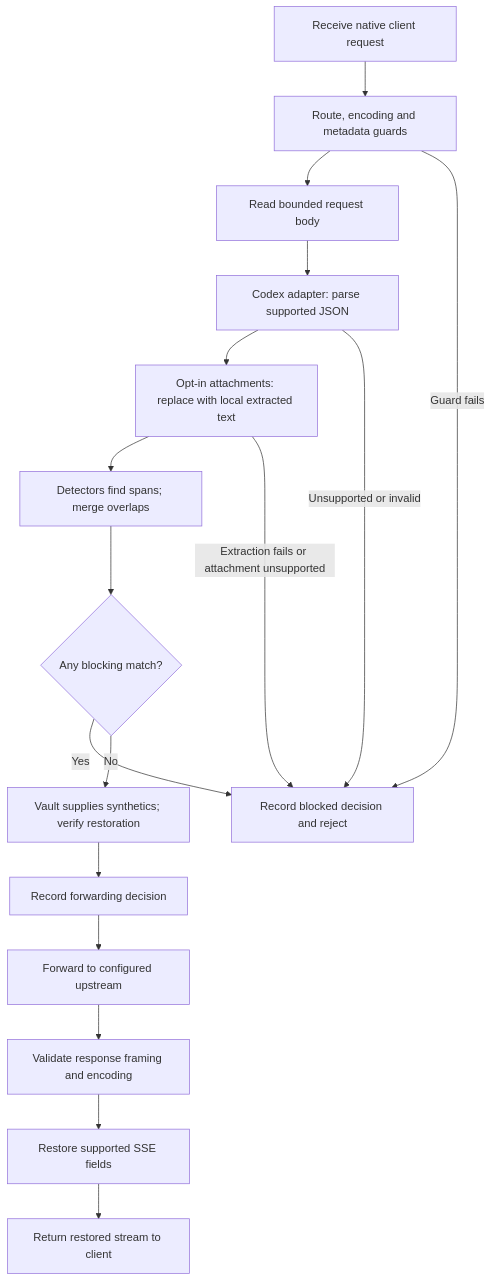
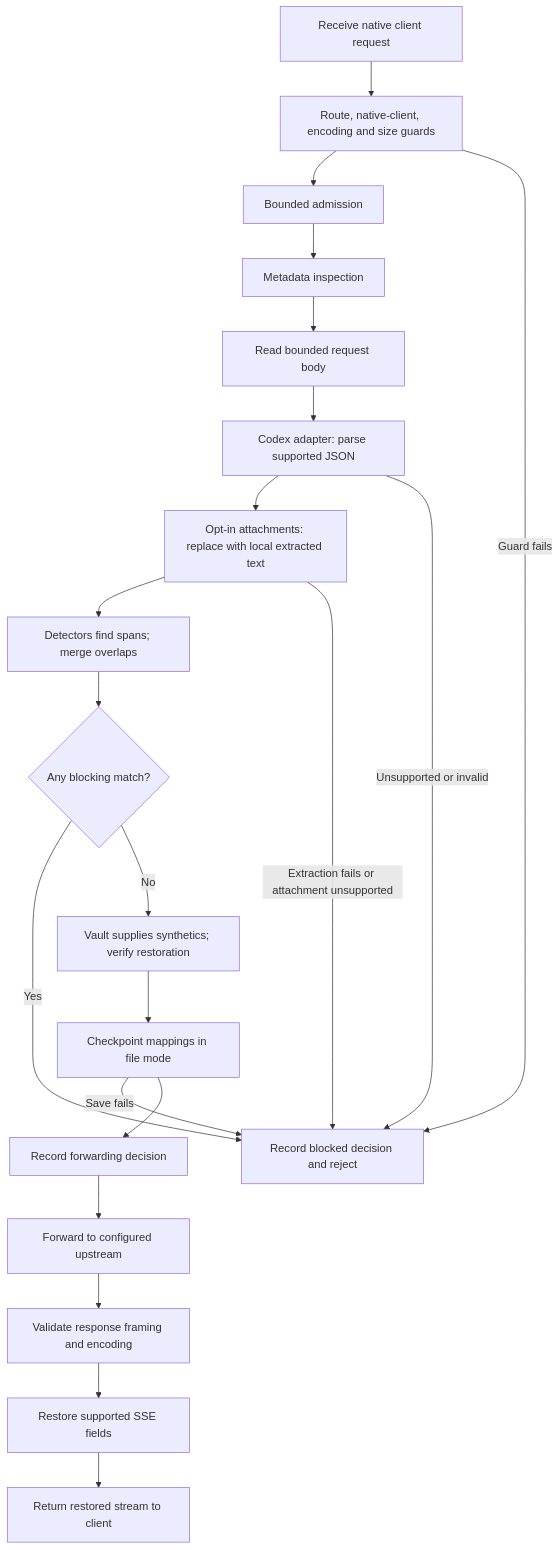
Before and after one commit to rozdolsky33/cui-proxy: the second of 2 diagrams in docs/architecture.md, drawn with Mermaid. The commit also changed other lines of this file and 12 other files, not shown here.

````diff
--- a/docs/architecture.md
+++ b/docs/architecture.md
@@ -39,19 +39,23 @@
 ```mermaid
 flowchart TD
-    A[Receive native client request] --> B[Route, encoding and metadata guards]
-    B --> C[Read bounded request body]
+    A[Receive native client request] --> B[Route, native-client, encoding and size guards]
+    B --> Q[Bounded admission]
+    Q --> M[Metadata inspection]
+    M --> C[Read bounded request body]
     C --> D[Codex adapter: parse supported JSON]
     D --> A1[Opt-in attachments: replace with local extracted text]
     A1 --> E[Detectors find spans; merge overlaps]
     A1 -->|Extraction fails or attachment unsupported| X
     E --> F{Any blocking match?}
     F -->|Yes| X[Record blocked decision and reject]
     F -->|No| G[Vault supplies synthetics; verify restoration]
-    G --> H[Record forwarding decision]
+    G --> V[Checkpoint mappings in file mode]
+    V -->|Save fails| X
+    V --> H[Record forwarding decision]
     H --> I[Forward to configured upstream]
     I --> J[Validate response framing and encoding]
     J --> K[Restore supported SSE fields]
     K --> L[Return restored stream to client]
     B -->|Guard fails| X
     D -->|Unsupported or invalid| X
 ```
````
